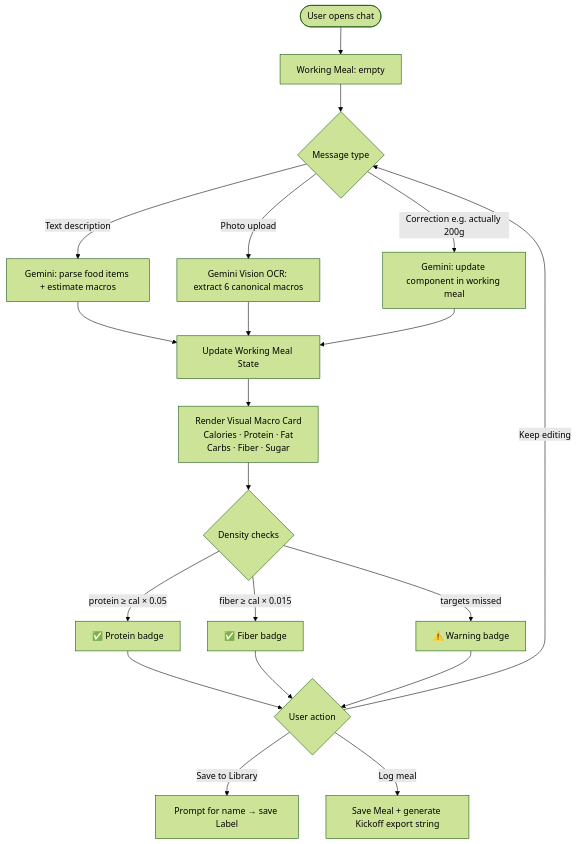
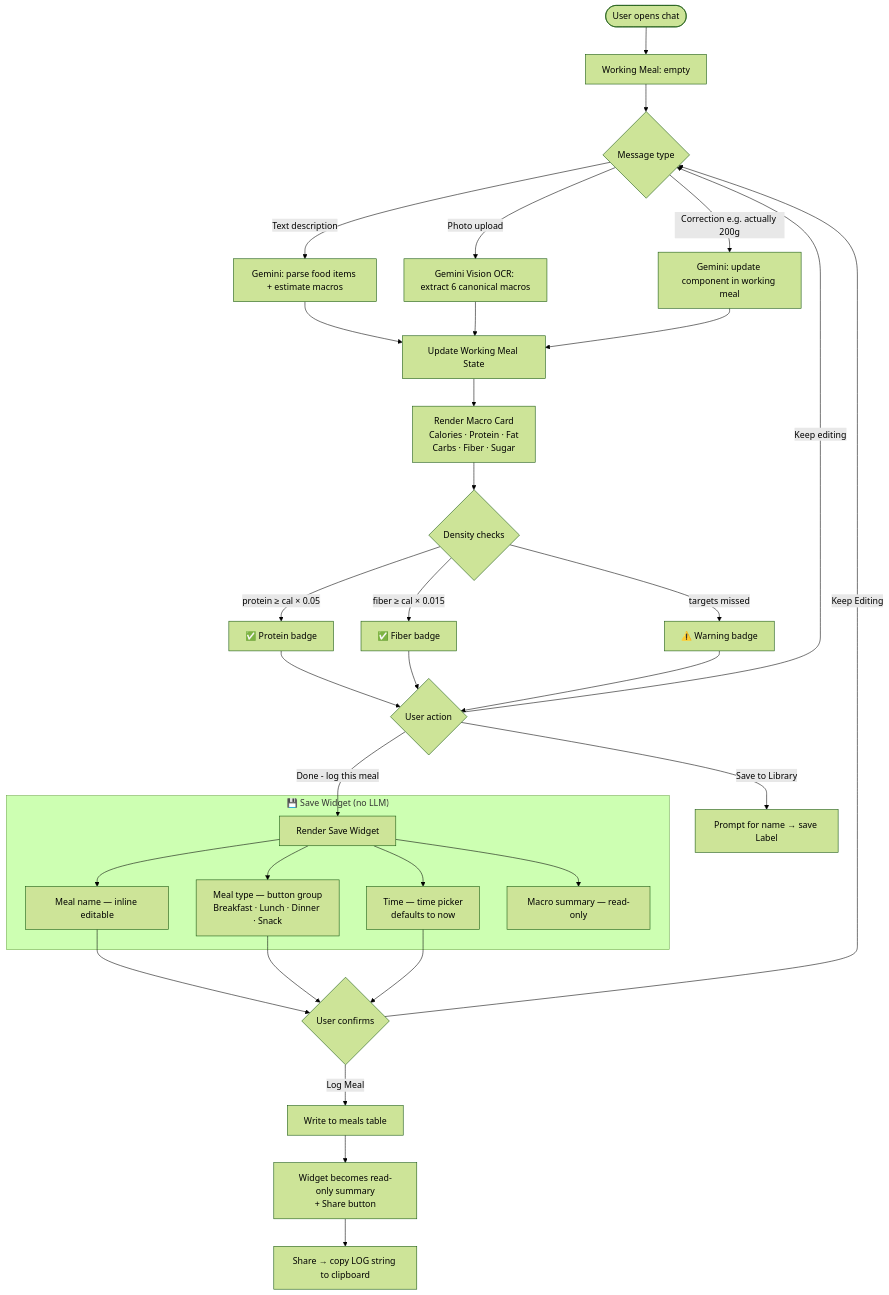
One commit to rickcedwhat/julia-learn changed the second of 5 diagrams in docs/architecture.md. Above: the diagram before and after it, drawn with Mermaid (forest theme). The commit also changed other lines of this file, not shown here.

Commit message:
docs: update architecture for meal logging, save widget, daily log, user goals

````diff
--- a/docs/architecture.md
+++ b/docs/architecture.md
@@ -79,24 +94,38 @@
 ```mermaid
 flowchart TD
     A([User opens chat]) --> B[Working Meal: empty]
     B --> C{Message type}
 
     C -->|Text description| D[Gemini: parse food items + estimate macros]
     C -->|Photo upload| E[Gemini Vision OCR: extract 6 canonical macros]
     C -->|Correction e.g. actually 200g| F[Gemini: update component in working meal]
 
     D --> G[Update Working Meal State]
     E --> G
     F --> G
 
-    G --> H[Render Visual Macro Card\nCalories · Protein · Fat\nCarbs · Fiber · Sugar]
+    G --> H[Render Macro Card\nCalories · Protein · Fat\nCarbs · Fiber · Sugar]
     H --> I{Density checks}
     I -->|protein ≥ cal × 0.05| J[✅ Protein badge]
     I -->|fiber ≥ cal × 0.015| K[✅ Fiber badge]
     I -->|targets missed| L[⚠️ Warning badge]
 
     J & K & L --> M{User action}
     M -->|Save to Library| N[Prompt for name → save Label]
-    M -->|Log meal| O[Save Meal + generate Kickoff export string]
+    M -->|Done - log this meal| O[Render Save Widget]
     M -->|Keep editing| C
+
+    subgraph WIDGET ["💾 Save Widget (no LLM)"]
+        O --> P[Meal name — inline editable]
+        O --> Q[Meal type — button group\nBreakfast · Lunch · Dinner · Snack]
+        O --> R[Time — time picker\ndefaults to now]
+        O --> S[Macro summary — read-only]
+    end
+
+    P & Q & R --> T{User confirms}
+    T -->|Log Meal| U[Write to meals table]
+    T -->|Keep Editing| C
+
+    U --> V[Widget becomes read-only summary\n+ Share button]
+    V --> W[Share → copy LOG string to clipboard]
 ```
````
